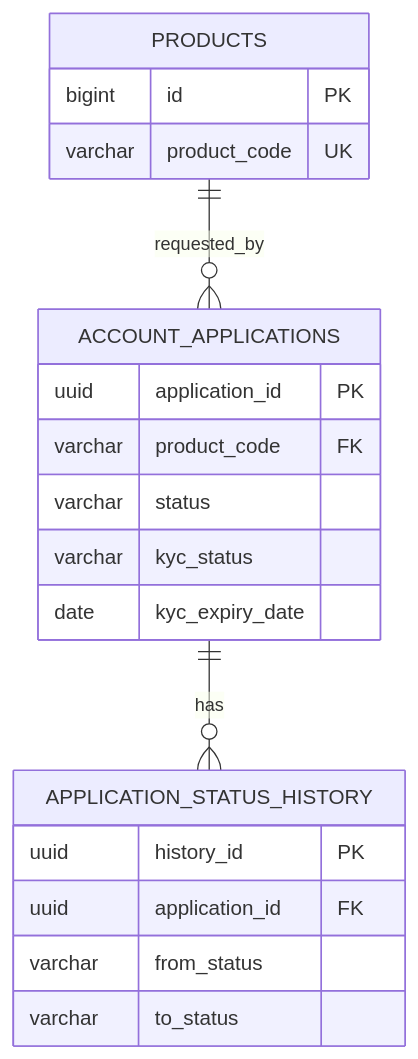
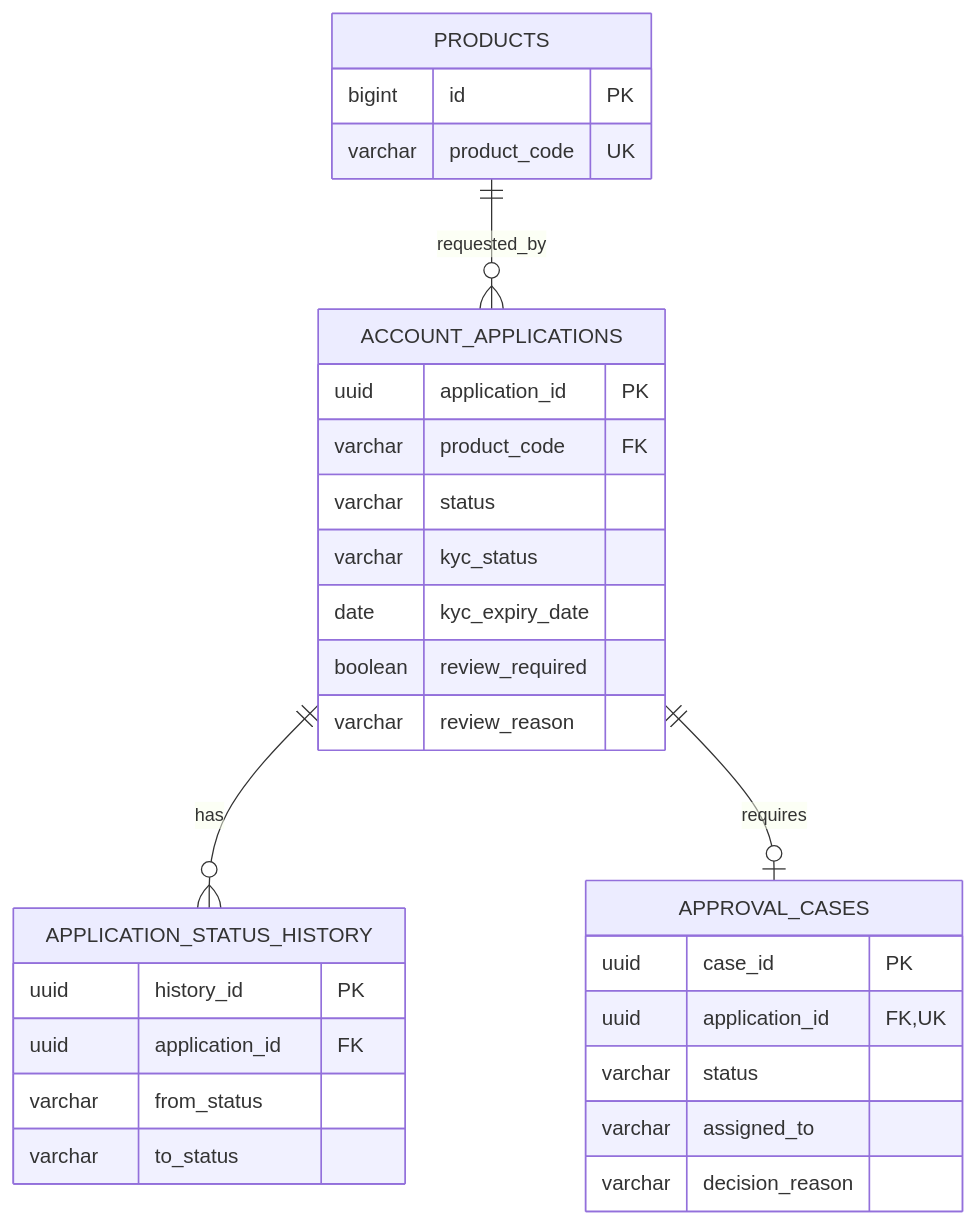
Before and after one commit to Mikokoomi/digital-account-opening: the diagram in docs/data-design.md, drawn with Mermaid. The commit also changed other lines of this file and 42 other files, not shown here.

Commit message:
feat: complete staff approval and manual review workflow

````diff
--- a/docs/data-design.md
+++ b/docs/data-design.md
@@ -5,16 +5,24 @@
 ```mermaid
 erDiagram
     PRODUCTS ||--o{ ACCOUNT_APPLICATIONS : requested_by
     ACCOUNT_APPLICATIONS ||--o{ APPLICATION_STATUS_HISTORY : has
+    ACCOUNT_APPLICATIONS ||--o| APPROVAL_CASES : requires
     PRODUCTS { bigint id PK
                varchar product_code UK }
     ACCOUNT_APPLICATIONS { uuid application_id PK
                            varchar product_code FK
                            varchar status
                            varchar kyc_status
-                           date kyc_expiry_date }
+                           date kyc_expiry_date
+                           boolean review_required
+                           varchar review_reason }
     APPLICATION_STATUS_HISTORY { uuid history_id PK
                                  uuid application_id FK
                                  varchar from_status
                                  varchar to_status }
+    APPROVAL_CASES { uuid case_id PK
+                     uuid application_id FK,UK
+                     varchar status
+                     varchar assigned_to
+                     varchar decision_reason }
 ```
````
